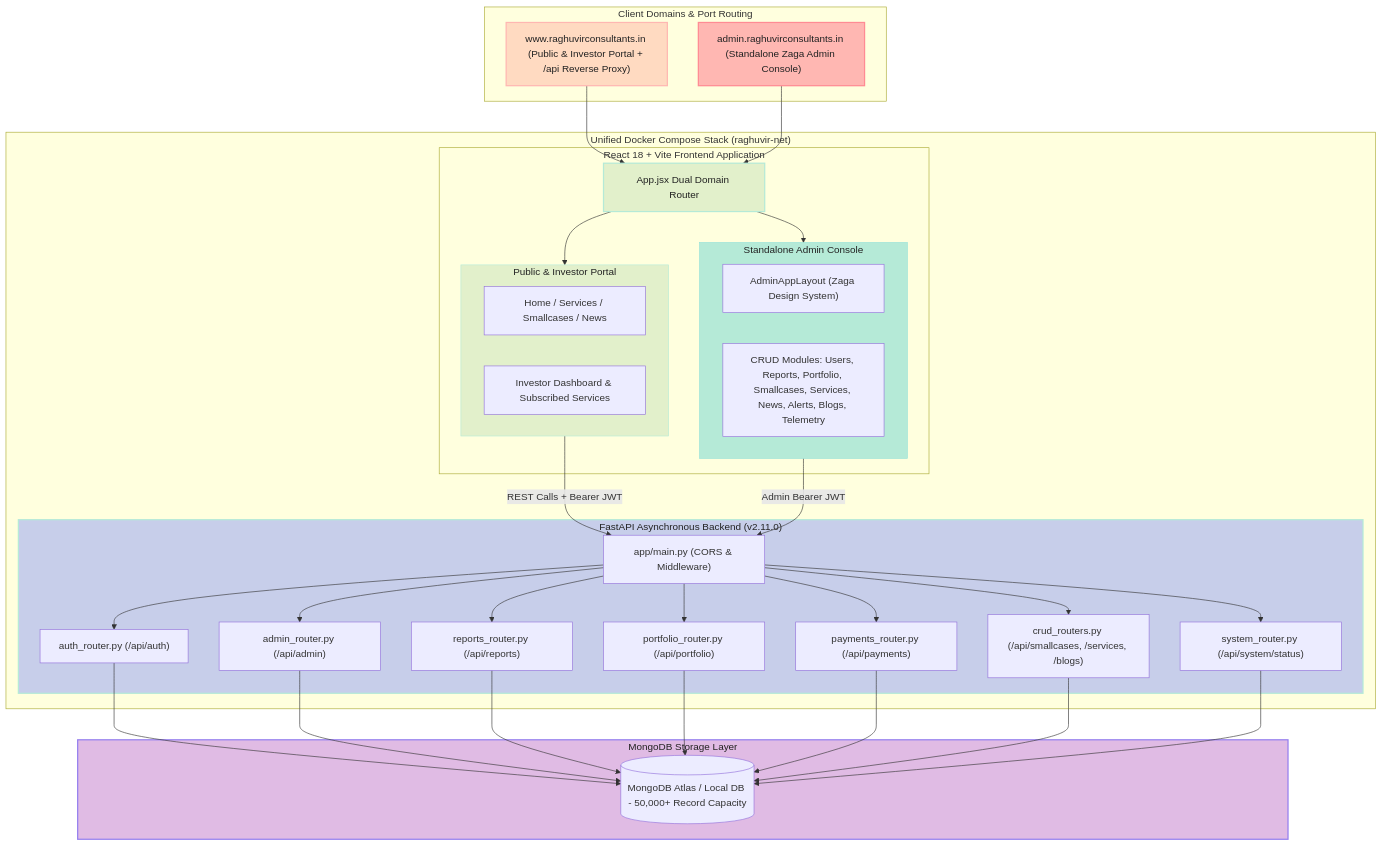
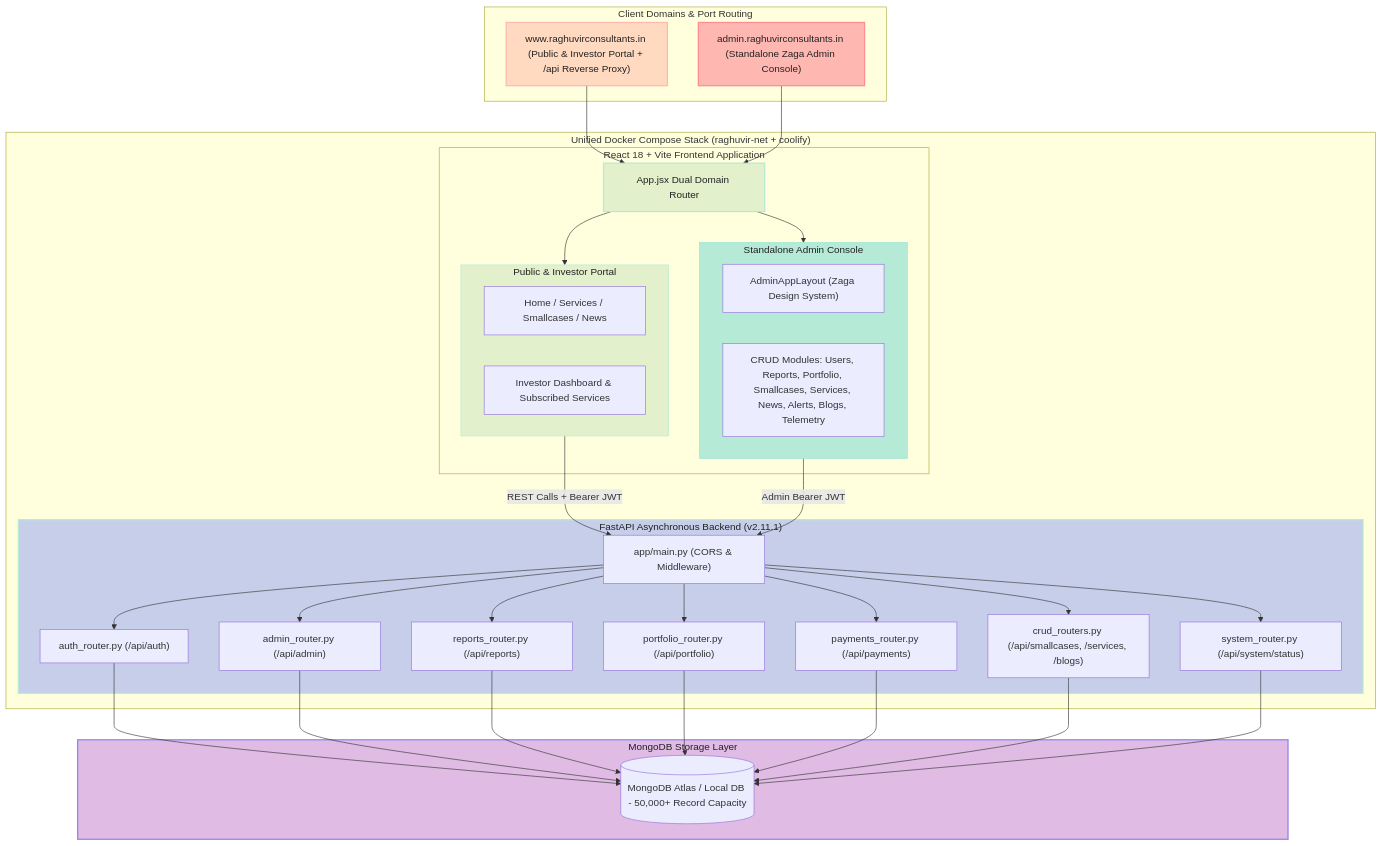
Before and after one commit to tejasrsuthar/raghuvirconsultants-site: the first of 2 diagrams in backend/docs/ARCHITECTURE.md, drawn with Mermaid. The commit also changed other lines of this file and 7 other files, not shown here.

Commit message:
fix(orchestration): attach coolify network and traefik labels in docker-compose.yml, bump version to 2.11.1

````diff
--- a/backend/docs/ARCHITECTURE.md
+++ b/backend/docs/ARCHITECTURE.md
@@ -14,72 +14,72 @@
 ```mermaid
 graph TD
     subgraph ClientDomains["Client Domains & Port Routing"]
         PublicDomain["www.raghuvirconsultants.in (Public & Investor Portal + /api Reverse Proxy)"]
         AdminDomain["admin.raghuvirconsultants.in (Standalone Zaga Admin Console)"]
     end
 
-    subgraph ComposeStack["Unified Docker Compose Stack (raghuvir-net)"]
+    subgraph ComposeStack["Unified Docker Compose Stack (raghuvir-net + coolify)"]
         subgraph ReactFrontend["React 18 + Vite Frontend Application"]
             AppRouter["App.jsx Dual Domain Router"]
             
             subgraph PublicPortal["Public & Investor Portal"]
               PublicViews["Home / Services / Smallcases / News"]
               InvestorPortal["Investor Dashboard & Subscribed Services"]
             end
 
             subgraph ZagaAdmin["Standalone Admin Console"]
               AdminLayout["AdminAppLayout (Zaga Design System)"]
               AdminModules["CRUD Modules: Users, Reports, Portfolio, Smallcases, Services, News, Alerts, Blogs, Telemetry"]
             end
         end
 
-        subgraph FastAPIServer["FastAPI Asynchronous Backend (v2.11.0)"]
+        subgraph FastAPIServer["FastAPI Asynchronous Backend (v2.11.1)"]
             API["app/main.py (CORS & Middleware)"]
             AuthRouter["auth_router.py (/api/auth)"]
             AdminRouter["admin_router.py (/api/admin)"]
             ReportsRouter["reports_router.py (/api/reports)"]
             PortfolioRouter["portfolio_router.py (/api/portfolio)"]
             PaymentsRouter["payments_router.py (/api/payments)"]
             CRUDRouters["crud_routers.py (/api/smallcases, /services, /blogs)"]
             SystemRouter["system_router.py (/api/system/status)"]
         end
     end
 
     subgraph DataStore["MongoDB Storage Layer"]
         MongoDB[(MongoDB Atlas / Local DB - 50,000+ Record Capacity)]
     end
 
     PublicDomain --> AppRouter
     AdminDomain --> AppRouter
 
     AppRouter --> PublicPortal
     AppRouter --> ZagaAdmin
 
     PublicPortal -->|REST Calls + Bearer JWT| API
     ZagaAdmin -->|Admin Bearer JWT| API
 
     API --> AuthRouter
     API --> AdminRouter
     API --> ReportsRouter
     API --> PortfolioRouter
     API --> PaymentsRouter
     API --> CRUDRouters
     API --> SystemRouter
 
     AuthRouter --> MongoDB
     AdminRouter --> MongoDB
     ReportsRouter --> MongoDB
     PortfolioRouter --> MongoDB
     PaymentsRouter --> MongoDB
     CRUDRouters --> MongoDB
     SystemRouter --> MongoDB
 
     %% Pastel Color Palette Styling
     style PublicDomain fill:#FFDAC1,stroke:#FFB7B2,stroke-width:2px,color:#222;
     style AdminDomain fill:#FFB7B2,stroke:#FF8B94,stroke-width:2px,color:#222;
     style AppRouter fill:#E2F0CB,stroke:#B5EAD7,stroke-width:2px,color:#222;
     style PublicPortal fill:#E2F0CB,stroke:#B5EAD7,stroke-width:1px,color:#222;
     style ZagaAdmin fill:#B5EAD7,stroke:#93E1D8,stroke-width:1px,color:#222;
     style FastAPIServer fill:#C7CEEA,stroke:#B5EAD7,stroke-width:2px,color:#222;
     style DataStore fill:#E0BBE4,stroke:#957FEF,stroke-width:2px,color:#222;
 ```
````
